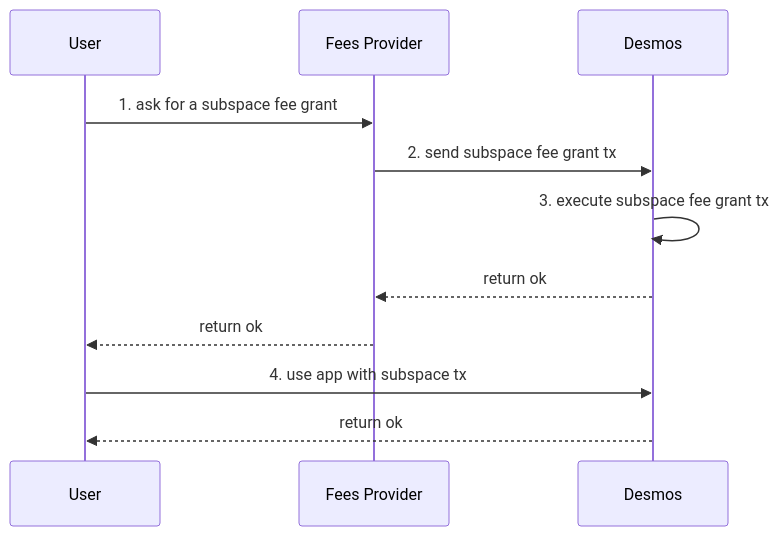
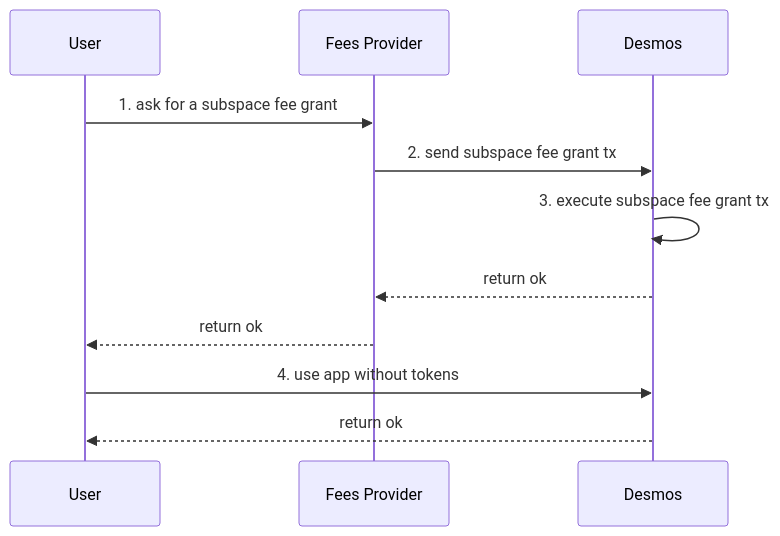
The first of 3 diagrams in docs/architecture/adr-017-subspace-fee-grant.md (desmos-labs/desmos), drawn with Mermaid before and after one commit. The commit also changed other lines of this file, not shown here.

````diff
--- a/docs/architecture/adr-017-subspace-fee-grant.md
+++ b/docs/architecture/adr-017-subspace-fee-grant.md
@@ -32,15 +32,15 @@
 ```mermaid
 sequenceDiagram
     participant User
     participant Fees Provider
     participant Desmos
     
     User->>Fees Provider: 1. ask for a subspace fee grant
     Fees Provider->>Desmos: 2. send subspace fee grant tx
     Desmos->>Desmos: 3. execute subspace fee grant tx
     Desmos-->>Fees Provider:  return ok
     Fees Provider-->>User: return ok
 
-    User->>Desmos: 4. use app with subspace tx
+    User->>Desmos: 4. use app without tokens
     Desmos-->>User: return ok
 ```
````
